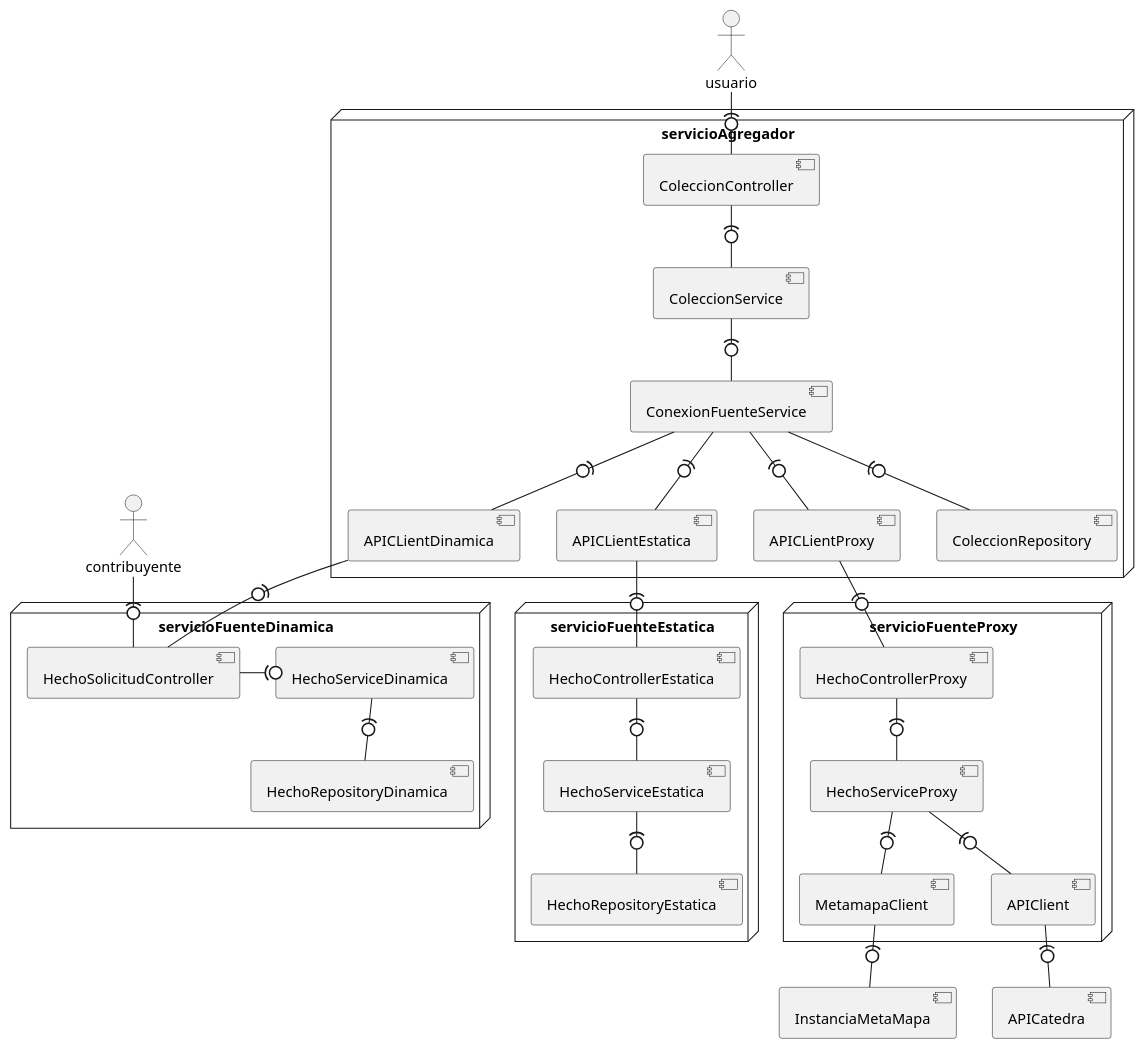
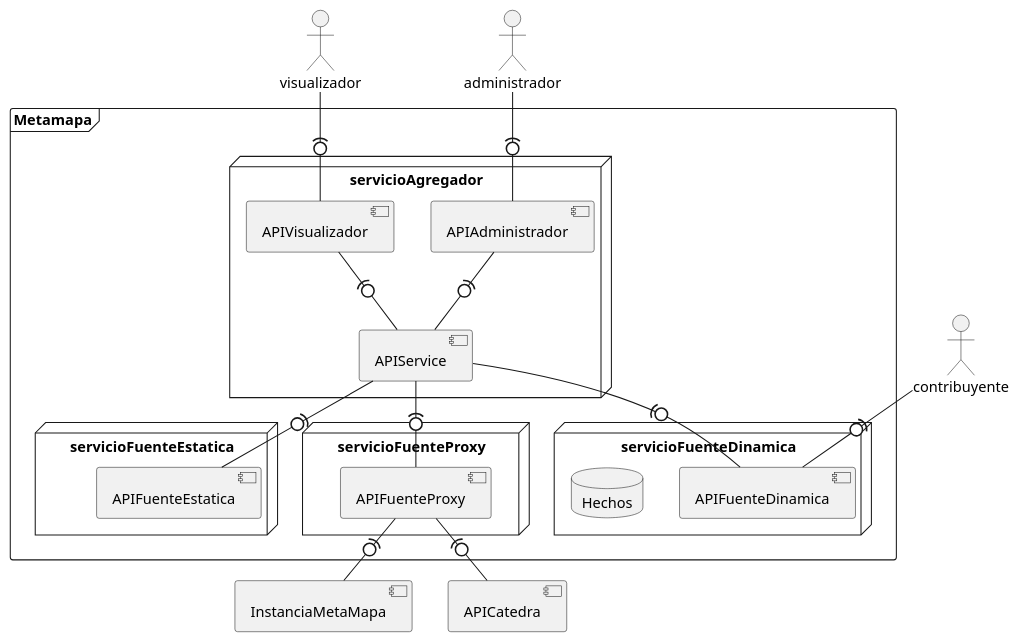
Before and after one commit to valenap-utn/metamapa-utn-2025: the diagram in entregables/entrega-3/DiagramaDeDespliegue.puml, drawn with PlantUML.

Commit message:
cambios en diagrama

```diff
--- a/entregables/entrega-3/DiagramaDeDespliegue.puml
+++ b/entregables/entrega-3/DiagramaDeDespliegue.puml
@@ -1,67 +1,55 @@
 @startuml
 'https://plantuml.com/deployment-diagram
 
-actor usuario
-node servicioAgregador {
-component ColeccionService
-component ColeccionController
-component ConexionFuenteService
-component APICLientEstatica
-component APICLientDinamica
-component APICLientProxy
-component ColeccionRepository
-}
-
-ColeccionController -(0- ColeccionService
-ColeccionService -(0- ConexionFuenteService
-ConexionFuenteService -(0- ColeccionRepository
-usuario -(0- ColeccionController
-ConexionFuenteService -(0- APICLientDinamica
-ConexionFuenteService -(0- APICLientEstatica
-ConexionFuenteService -(0- APICLientProxy
-
-node servicioFuenteDinamica {
-component HechoSolicitudController
-component HechoServiceDinamica
-component HechoRepositoryDinamica
-}
-
-HechoSolicitudController -(0 HechoServiceDinamica
-HechoServiceDinamica -(0- HechoRepositoryDinamica
+actor visualizador
+actor administrador
 actor contribuyente
-contribuyente -(0- HechoSolicitudController
-
-node servicioFuenteEstatica {
-component HechoControllerEstatica
-component HechoServiceEstatica
-component HechoRepositoryEstatica
-}
-HechoControllerEstatica -(0- HechoServiceEstatica
-HechoServiceEstatica -(0- HechoRepositoryEstatica
+component InstanciaMetaMapa
+component APICatedra
 
 
-node servicioFuenteProxy {
-component HechoControllerProxy
-component HechoServiceProxy
-component MetamapaClient
-component APIClient
-}
+frame Metamapa {
+    node servicioAgregador {
+    component APIAdministrador
+    component APIVisualizador
+    component APIService
+    }
+    visualizador -(0- APIVisualizador
+    administrador -(0- APIAdministrador
+    APIAdministrador -(0- APIService
+    APIVisualizador -(0- APIService
 
-HechoControllerProxy -(0- HechoServiceProxy
-HechoServiceProxy -(0- MetamapaClient
-HechoServiceProxy -(0- APIClient
 
-component InstanciaMetaMapa
-component APICatedra
-MetamapaClient -(0- InstanciaMetaMapa
-APIClient -(0- APICatedra
+    node servicioFuenteDinamica {
+        component APIFuenteDinamica
+        database Hechos {
+        }
+    }
 
 
 
-APICLientEstatica -(0- HechoControllerEstatica
-APICLientDinamica -(0- HechoSolicitudController
-APICLientProxy -(0- HechoControllerProxy
+    contribuyente -(0- APIFuenteDinamica
+
+    node servicioFuenteEstatica {
+    component APIFuenteEstatica
+    }
+
+
+
+    node servicioFuenteProxy {
+    component APIFuenteProxy
+    }
+
+    APIService -(0- APIFuenteDinamica
+        APIService -(0- APIFuenteEstatica
+        APIService -(0- APIFuenteProxy
+
+    APIFuenteProxy -(0- InstanciaMetaMapa
+    APIFuenteProxy -(0- APICatedra
+
+}
+
 
 
 
 @enduml
```
